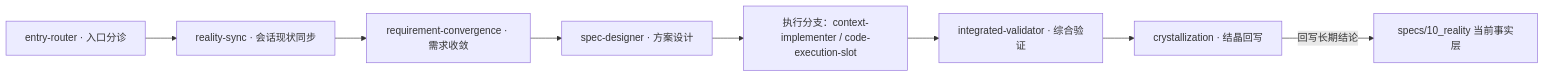
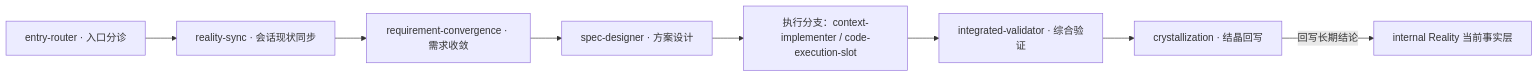
One commit to Idea-Maglev/maglev changed the second of 3 diagrams in docs/wiki/evaluator/architecture-overview.md. Above: the diagram before and after it, drawn with Mermaid. The commit also changed other lines of this file and 59 other files, not shown here.

````diff
--- a/docs/wiki/evaluator/architecture-overview.md
+++ b/docs/wiki/evaluator/architecture-overview.md
@@ -51,10 +51,10 @@
 ```mermaid
 flowchart LR
     ER["entry-router · 入口分诊"] --> RS["reality-sync · 会话现状同步"]
     RS --> RQ["requirement-convergence · 需求收敛"]
     RQ --> SD["spec-designer · 方案设计"]
     SD --> EX["执行分支：context-implementer / code-execution-slot"]
     EX --> IV["integrated-validator · 综合验证"]
     IV --> CRY["crystallization · 结晶回写"]
-    CRY -->|"回写长期结论"| REAL["specs/10_reality 当前事实层"]
+    CRY -->|"回写长期结论"| REAL["internal Reality 当前事实层"]
 ```
````
